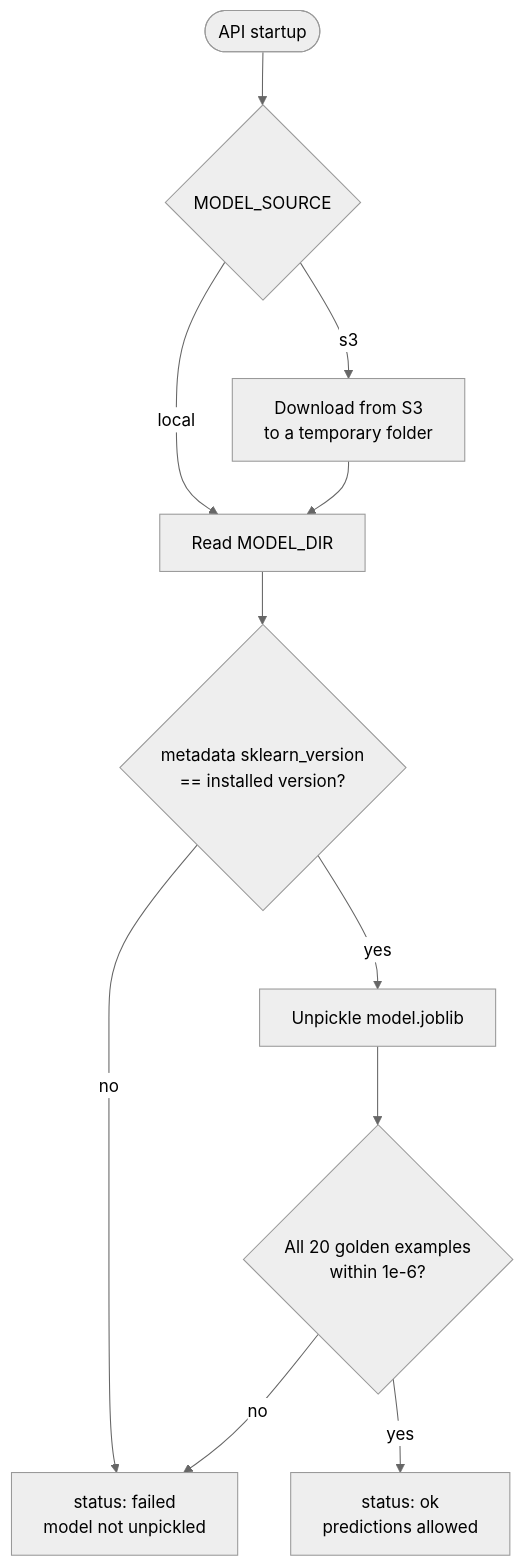
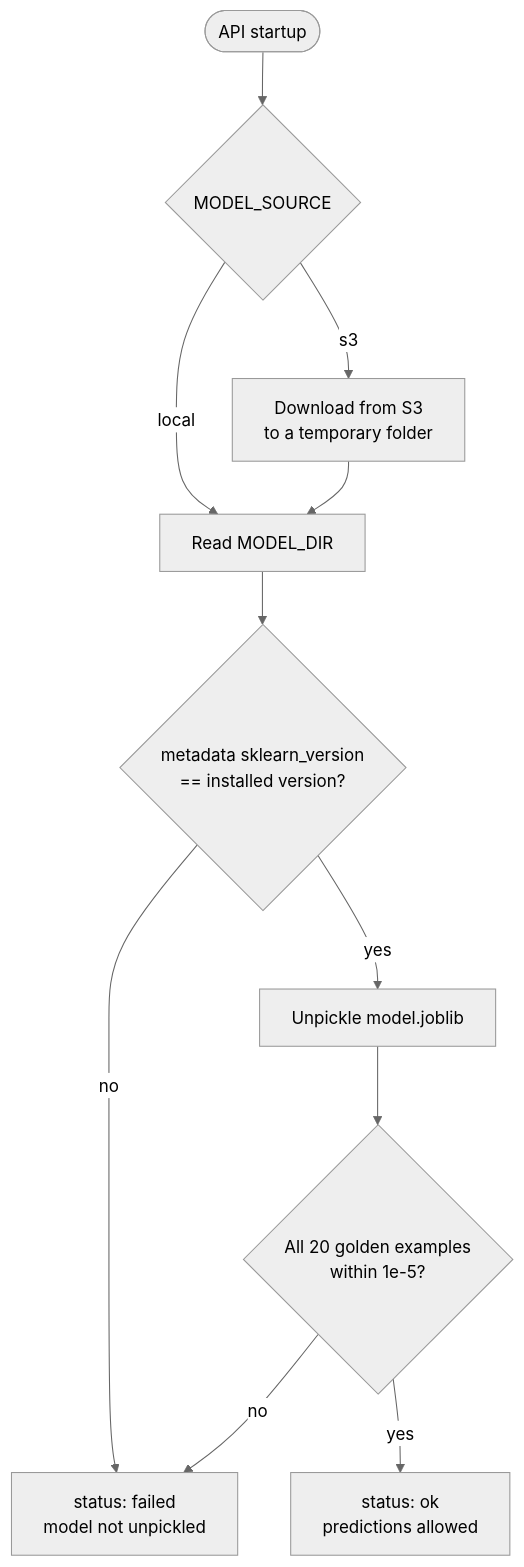
Before and after one commit to Myranyamwanda/Salesmesh: the diagram in docs/ml-scoring.md, drawn with Mermaid (neutral theme). The commit also changed other lines of this file and 3 other files, not shown here.

````diff
--- a/docs/ml-scoring.md
+++ b/docs/ml-scoring.md
@@ -27,13 +27,13 @@
 ```mermaid
 flowchart TD
     start([API startup]) --> source{MODEL_SOURCE}
     source -- local --> folder[Read MODEL_DIR]
     source -- s3 --> s3[Download from S3<br/>to a temporary folder]
     s3 --> folder
     folder --> version{metadata sklearn_version<br/>== installed version?}
     version -- no --> failed[status: failed<br/>model not unpickled]
     version -- yes --> load[Unpickle model.joblib]
-    load --> golden{All 20 golden examples<br/>within 1e-6?}
+    load --> golden{All 20 golden examples<br/>within 1e-5?}
     golden -- no --> failed
     golden -- yes --> ok[status: ok<br/>predictions allowed]
 ```
````
